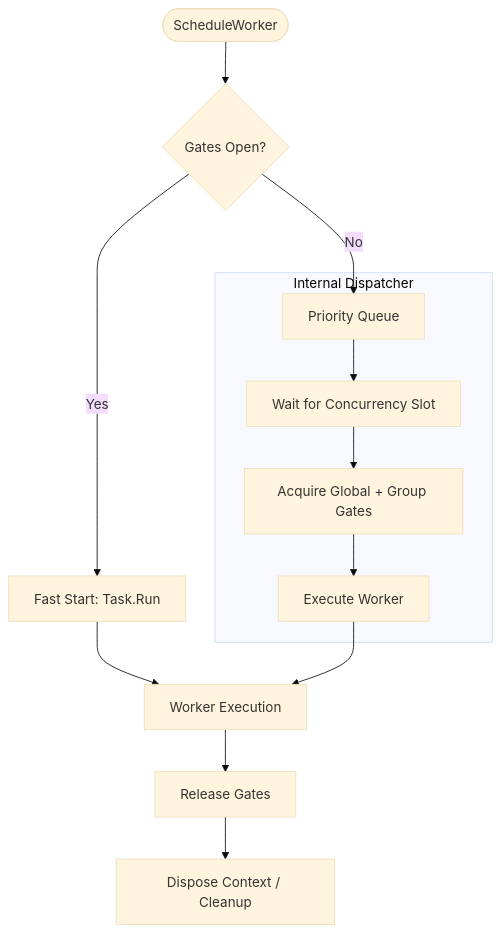
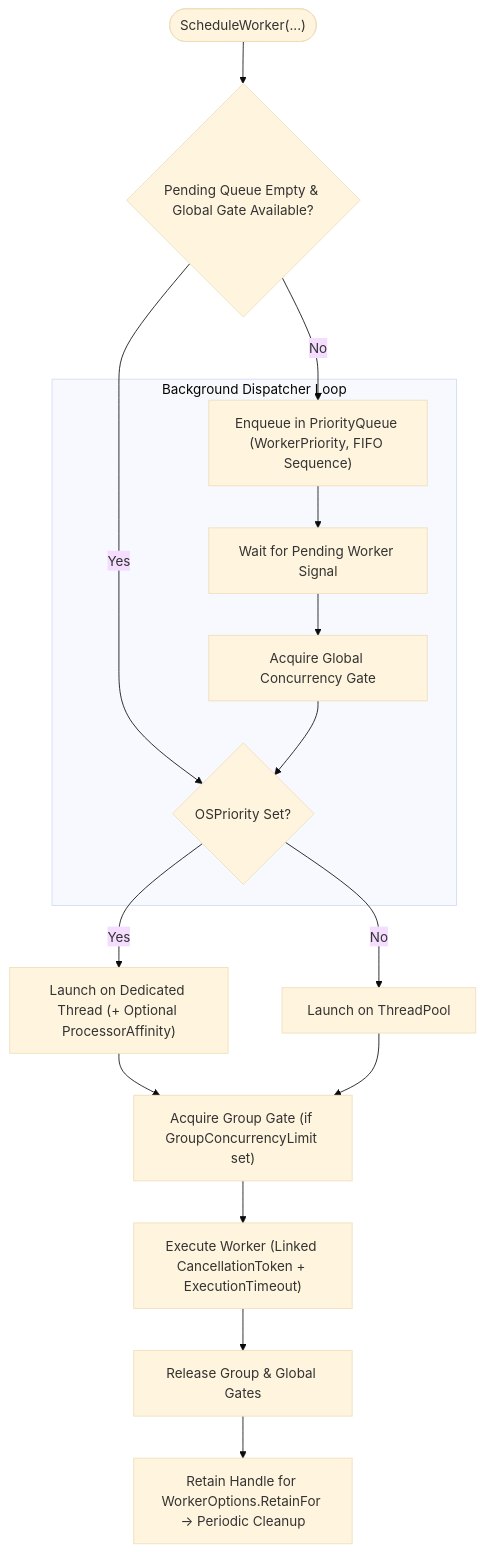
Before and after one commit to ppn-systems/nalix-docs: the diagram in src/content/docs/en-us/api/framework/task-manager.md, drawn with Mermaid (base theme). The commit also changed other lines of this file and 180 other files, not shown here.

````diff
--- a/src/content/docs/en-us/api/framework/task-manager.md
+++ b/src/content/docs/en-us/api/framework/task-manager.md
@@ -14,19 +25,21 @@
 ```mermaid
 flowchart TD
-    Start([ScheduleWorker]) --> Gates{Gates Open?}
-    
-    Gates -->|Yes| Fast[Fast Start: Task.Run]
-    Gates -->|No| Queue[Priority Queue]
-    
-    subgraph DispatchLoop[Internal Dispatcher]
-        Queue --> Wait[Wait for Concurrency Slot]
-        Wait --> Acquire[Acquire Global + Group Gates]
-        Acquire --> Run[Execute Worker]
+    Start(["ScheduleWorker(...)"]) --> FastGate{"Pending Queue Empty & Global Gate Available?"}
+    FastGate -->|Yes| Affinity{"OSPriority Set?"}
+    FastGate -->|No| Enqueue["Enqueue in PriorityQueue (WorkerPriority, FIFO Sequence)"]
+
+    subgraph Dispatcher["Background Dispatcher Loop"]
+        Enqueue --> Signal["Wait for Pending Worker Signal"]
+        Signal --> GlobalGate["Acquire Global Concurrency Gate"]
+        GlobalGate --> Affinity
     end
-    
-    Fast --> Execute
-    Run --> Execute[Worker Execution]
-    
-    Execute --> Release[Release Gates]
-    Release --> Cleanup[Dispose Context / Cleanup]
+
+    Affinity -->|Yes| DedicatedThread["Launch on Dedicated Thread (+ Optional ProcessorAffinity)"]
+    Affinity -->|No| ThreadPoolRun["Launch on ThreadPool"]
+
+    DedicatedThread --> GroupGate["Acquire Group Gate (if GroupConcurrencyLimit set)"]
+    ThreadPoolRun --> GroupGate
+    GroupGate --> Exec["Execute Worker (Linked CancellationToken + ExecutionTimeout)"]
+    Exec --> Release["Release Group & Global Gates"]
+    Release --> Retain["Retain Handle for WorkerOptions.RetainFor -> Periodic Cleanup"]
 ```
````
